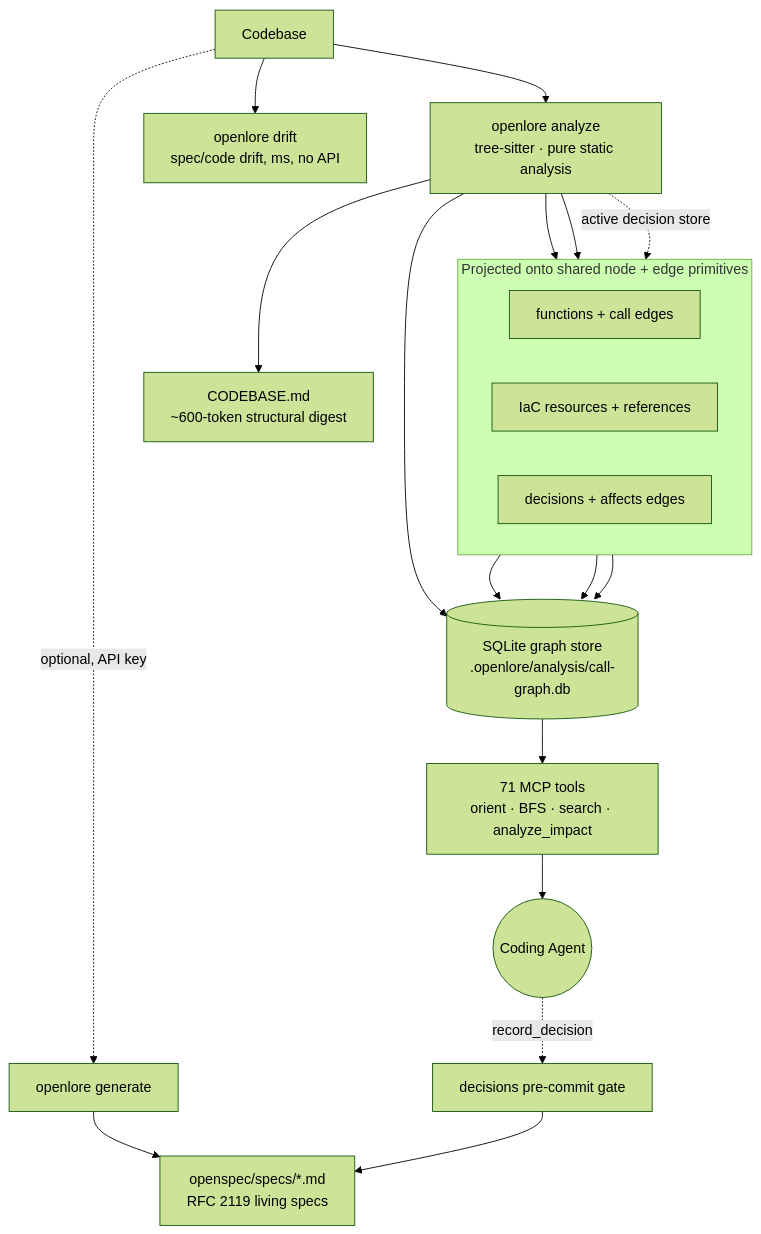
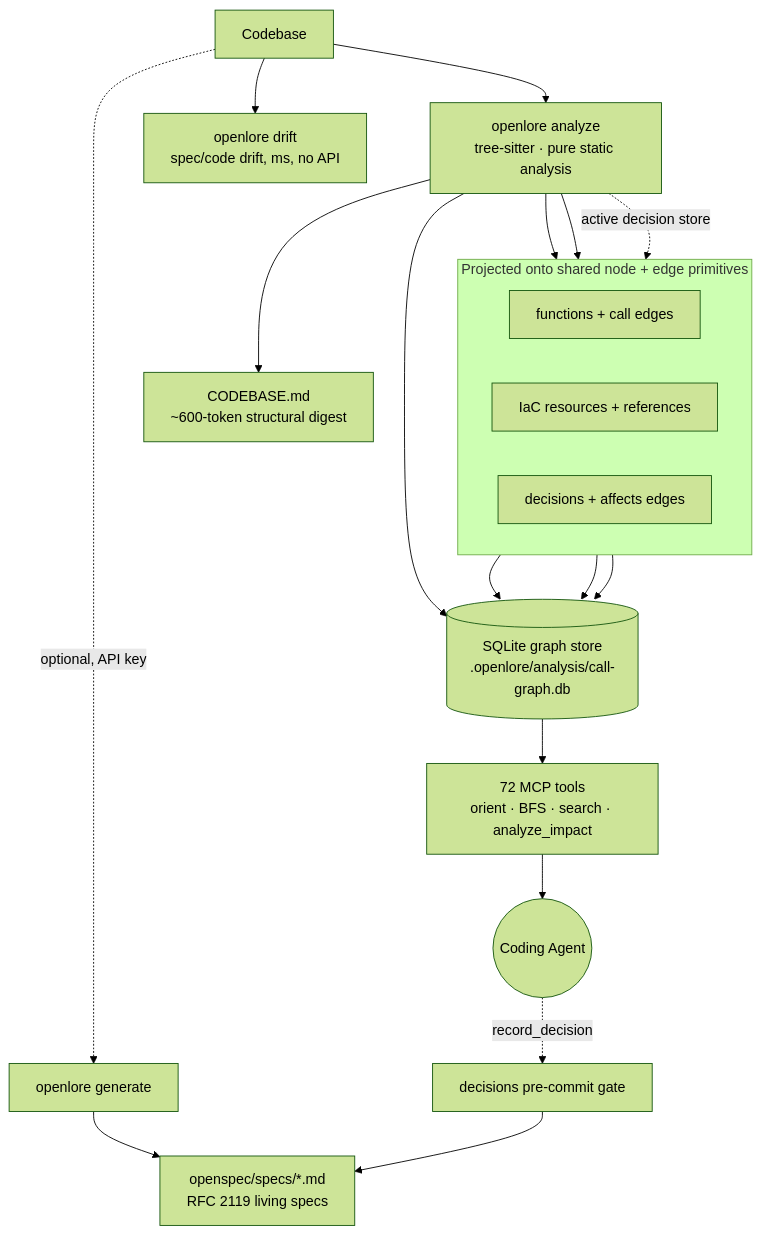
Before and after one commit to clay-good/OpenLore: the first of 2 diagrams in README.md, drawn with Mermaid (forest theme). The commit also changed other lines of this file and 25 other files, not shown here.

````diff
--- a/README.md
+++ b/README.md
@@ -478,28 +479,28 @@
 ```mermaid
 flowchart TD
     Code[Codebase] --> Analyze[openlore analyze<br/>tree-sitter · pure static analysis]
     Analyze --> DB[(SQLite graph store<br/>.openlore/analysis/call-graph.db)]
     Analyze --> Digest[CODEBASE.md<br/>~600-token structural digest]
 
     subgraph shared["Projected onto shared node + edge primitives"]
       direction LR
       CodeNodes[functions + call edges]
       Iac[IaC resources + references]
       Dec[decisions + affects edges]
     end
     Analyze --> CodeNodes
     Analyze --> Iac
     Analyze -. active decision store .-> Dec
     CodeNodes --> DB
     Iac --> DB
     Dec --> DB
 
-    DB --> MCP[71 MCP tools<br/>orient · BFS · search · analyze_impact]
+    DB --> MCP[72 MCP tools<br/>orient · BFS · search · analyze_impact]
     MCP --> Agent((Coding Agent))
 
     Code -. optional, API key .-> Gen[openlore generate]
     Gen --> Specs[openspec/specs/*.md<br/>RFC 2119 living specs]
     Code --> Drift[openlore drift<br/>spec/code drift, ms, no API]
     Agent -. record_decision .-> Gate[decisions pre-commit gate]
     Gate --> Specs
 ```
````
